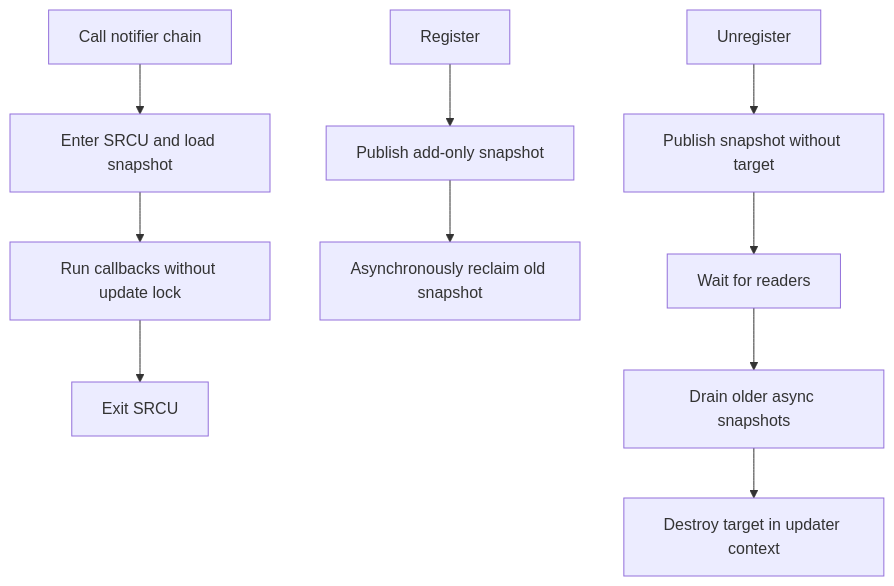
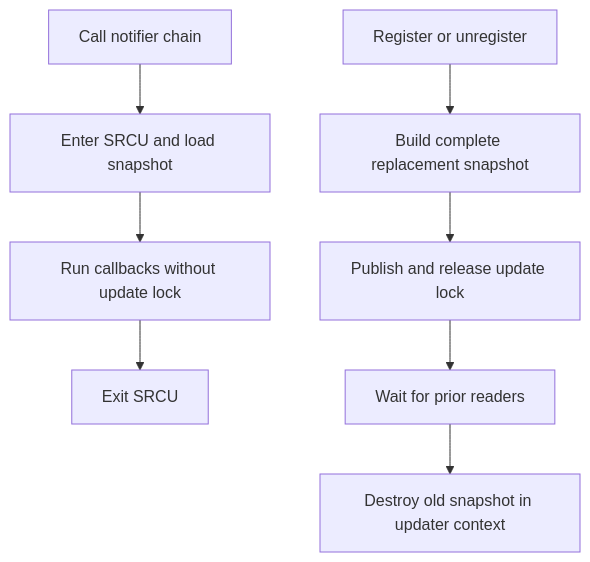
Before and after one commit to DragonOS-Community/DragonOS: the eighth of 9 diagrams in docs/kernel/rcu/srcu-design.md, drawn with Mermaid. The commit also changed other lines of this file and 5 other files, not shown here.

````diff
--- a/docs/kernel/rcu/srcu-design.md
+++ b/docs/kernel/rcu/srcu-design.md
@@ -315,14 +314,11 @@
 ```mermaid
 flowchart TD
     CALL[Call notifier chain] --> READ[Enter SRCU and load snapshot]
     READ --> RUN[Run callbacks without update lock]
     RUN --> EXIT[Exit SRCU]
 
-    REG[Register] --> ADD[Publish add-only snapshot]
-    ADD --> ASYNC[Asynchronously reclaim old snapshot]
-
-    UNREG[Unregister] --> REMOVE[Publish snapshot without target]
-    REMOVE --> GPWAIT[Wait for readers]
-    GPWAIT --> DRAIN[Drain older async snapshots]
-    DRAIN --> DROP[Destroy target in updater context]
+    REG[Register or unregister] --> BUILD[Build complete replacement snapshot]
+    BUILD --> PUB[Publish and release update lock]
+    PUB --> GPWAIT[Wait for prior readers]
+    GPWAIT --> DROP[Destroy old snapshot in updater context]
 ```
````
